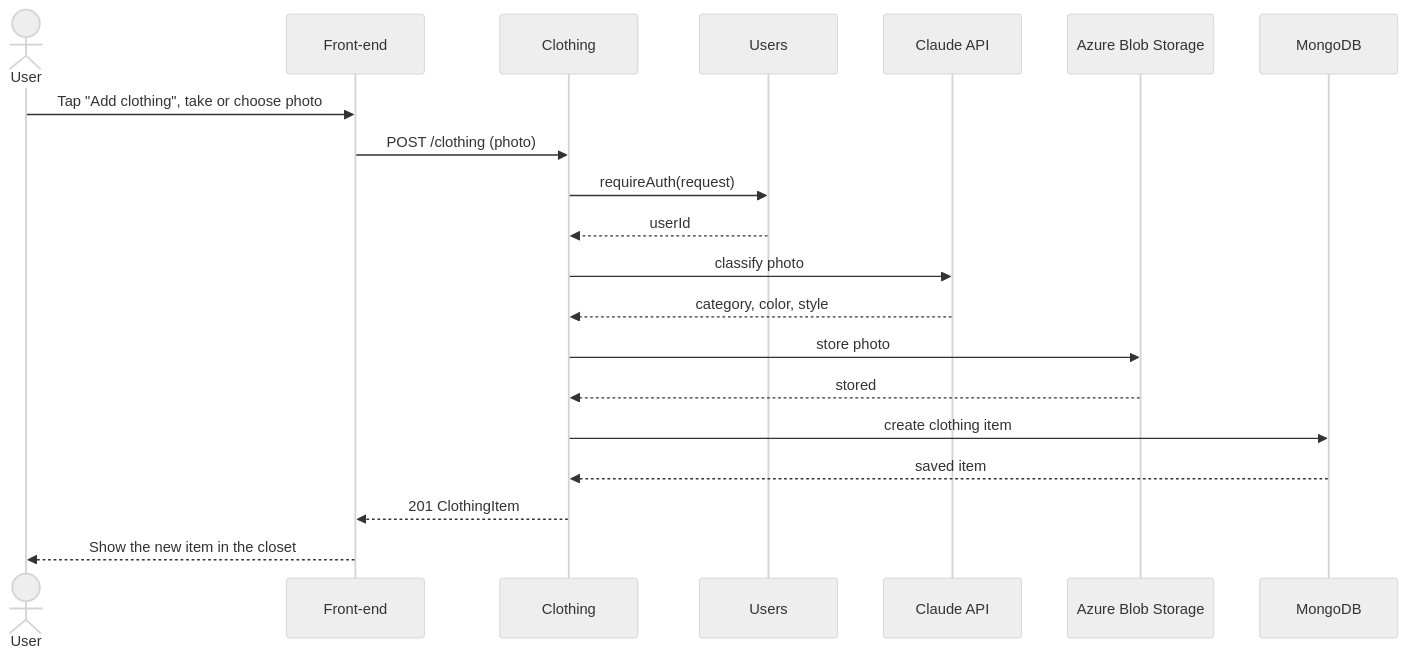
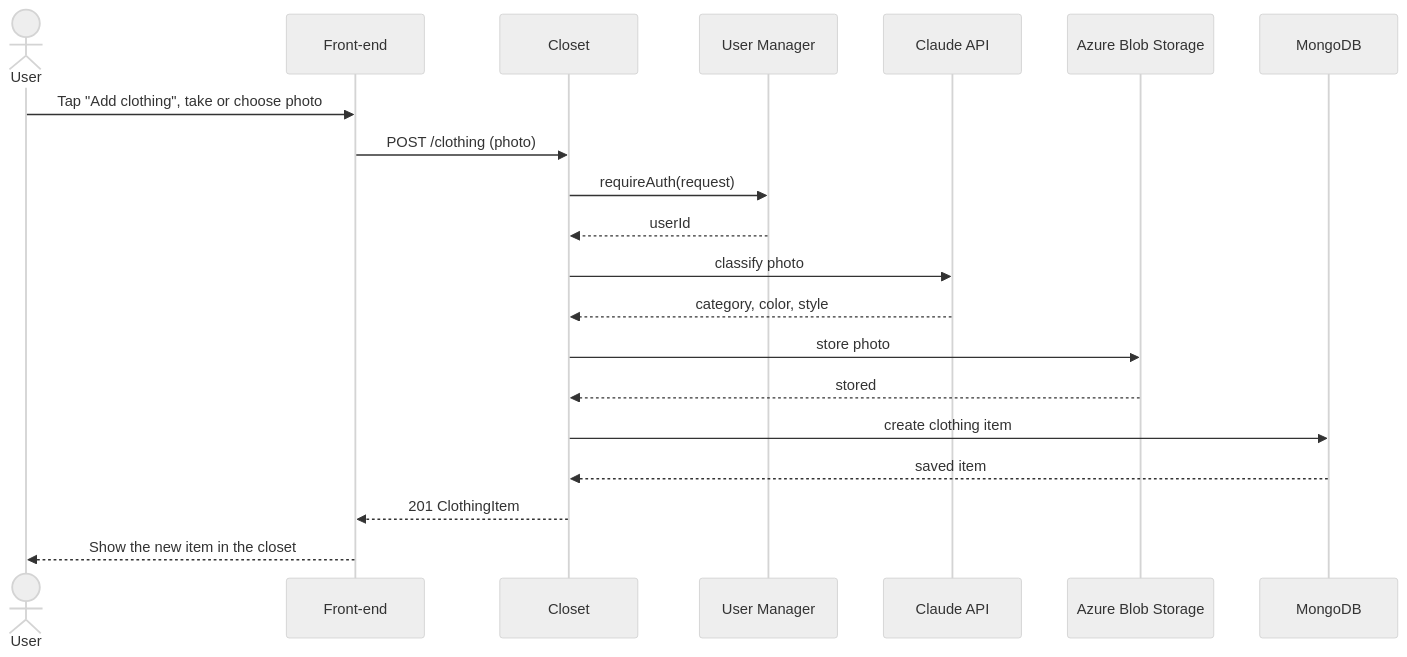
The first of 5 diagrams in documentation/Requirements_and_Design.md (evannawfal/fabricate), drawn with Mermaid (neutral theme) before and after one commit. The commit also changed other lines of this file and 2 other files, not shown here.

First line of the commit message:
docs: match Requirements_and_Design.md to the redrawn diagrams

````diff
--- a/documentation/Requirements_and_Design.md
+++ b/documentation/Requirements_and_Design.md
@@ -391,23 +370,23 @@
 ```mermaid
 sequenceDiagram
     actor U as User
     participant FE as Front-end
-    participant CL as Clothing
-    participant US as Users
+    participant CL as Closet
+    participant US as User Manager
     participant CA as Claude API
     participant AZ as Azure Blob Storage
     participant DB as MongoDB
 
     U->>FE: Tap "Add clothing", take or choose photo
     FE->>CL: POST /clothing (photo)
     CL->>US: requireAuth(request)
     US-->>CL: userId
     CL->>CA: classify photo
     CA-->>CL: category, color, style
     CL->>AZ: store photo
     AZ-->>CL: stored
     CL->>DB: create clothing item
     DB-->>CL: saved item
     CL-->>FE: 201 ClothingItem
     FE-->>U: Show the new item in the closet
 ```
````
